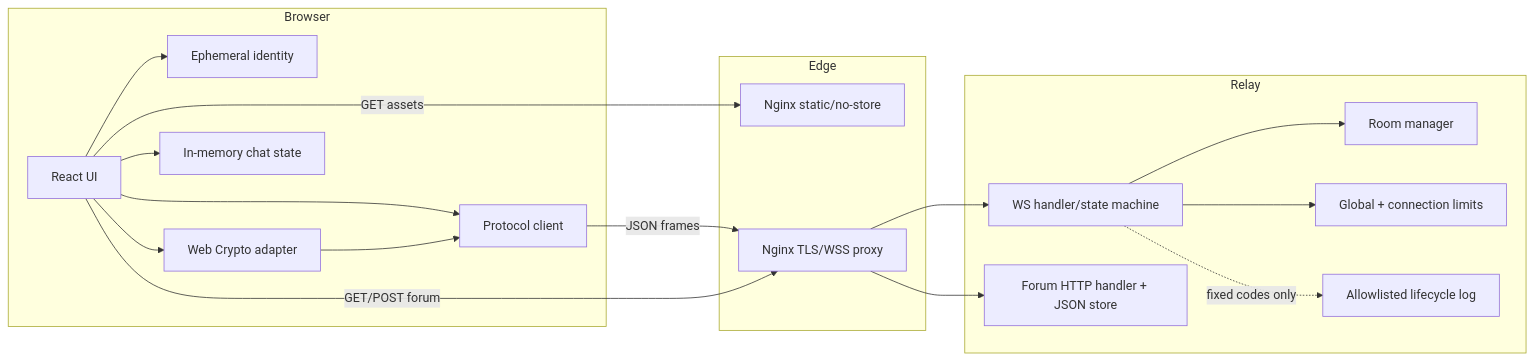
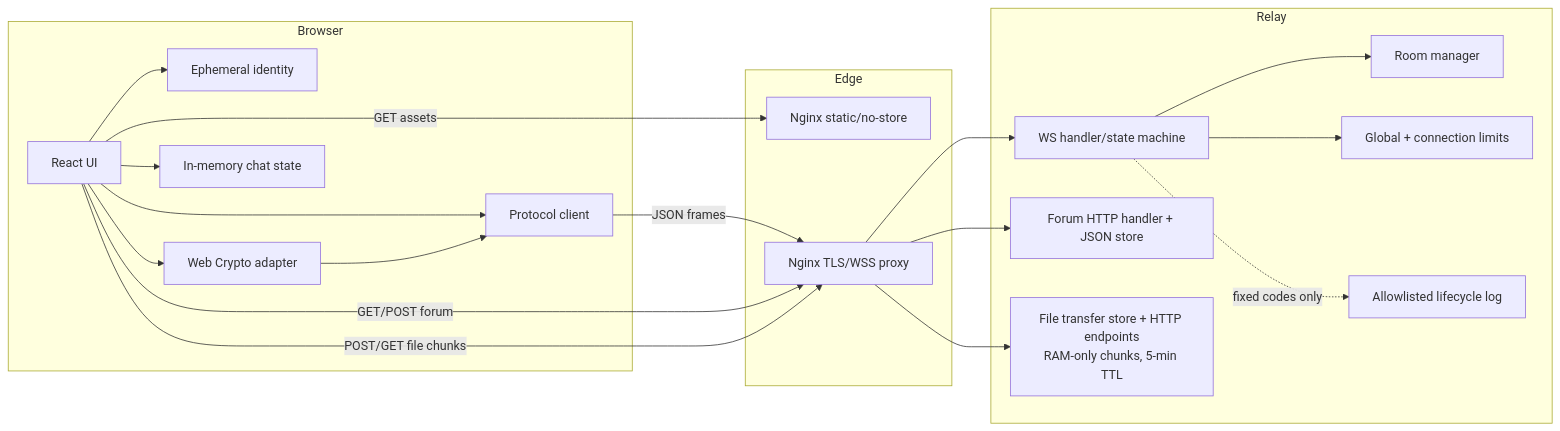
The second of 9 diagrams in docs/ARCHITECTURE.md (Doraemon-code/ChatRoom), drawn with Mermaid before and after one commit. The commit also changed other lines of this file and 4 other files, not shown here.

Commit message:
Document the RAM-only file transfer channel

````diff
--- a/docs/ARCHITECTURE.md
+++ b/docs/ARCHITECTURE.md
@@ -37,32 +37,34 @@
 ```mermaid
 flowchart LR
   subgraph Browser
     UI[React UI]
     ID[Ephemeral identity]
     CRYPTO[Web Crypto adapter]
     MEM[In-memory chat state]
     WS[Protocol client]
     UI --> ID
     UI --> CRYPTO
     UI --> MEM
     UI --> WS
     CRYPTO --> WS
   end
   subgraph Edge
     STATIC[Nginx static/no-store]
     TLS[Nginx TLS/WSS proxy]
   end
   subgraph Relay
     HANDLER[WS handler/state machine]
     RM[Room manager]
     FORUM[Forum HTTP handler + JSON store]
+    FILES[File transfer store + HTTP endpoints<br/>RAM-only chunks, 5-min TTL]
     LIMIT[Global + connection limits]
     SAFELOG[Allowlisted lifecycle log]
   end
   UI -->|GET assets| STATIC
   WS -->|JSON frames| TLS --> HANDLER
   HANDLER --> RM
   UI -->|GET/POST forum| TLS --> FORUM
+  UI -->|POST/GET file chunks| TLS --> FILES
   HANDLER --> LIMIT
   HANDLER -. fixed codes only .-> SAFELOG
 ```
````
